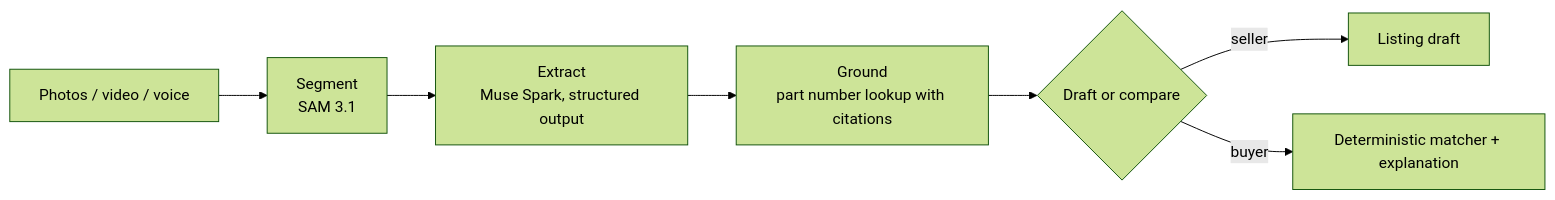
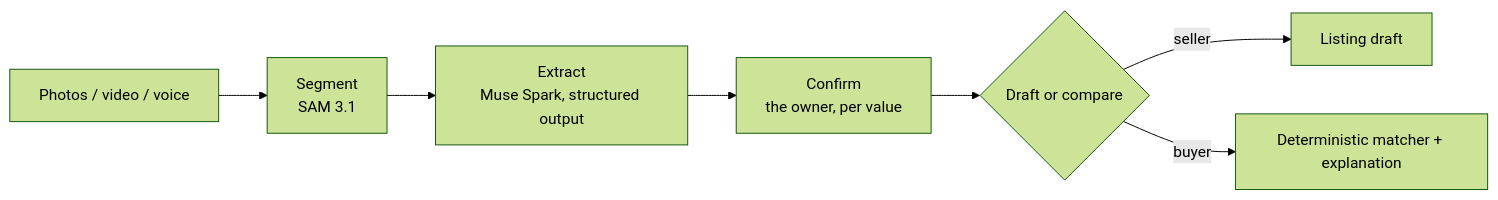
Before and after one commit to nikolareljin/orphan-parts: the diagram in docs/concepts/identification.md, drawn with Mermaid (forest theme). The commit also changed other lines of this file and 25 other files, not shown here.

````diff
--- a/docs/concepts/identification.md
+++ b/docs/concepts/identification.md
@@ -5,9 +5,9 @@
 ```mermaid
 flowchart LR
     P[Photos / video / voice] --> S[Segment<br/>SAM 3.1]
     S --> E[Extract<br/>Muse Spark, structured output]
-    E --> G[Ground<br/>part number lookup with citations]
-    G --> D{Draft or compare}
+    E --> C[Confirm<br/>the owner, per value]
+    C --> D{Draft or compare}
     D -->|seller| L[Listing draft]
     D -->|buyer| M[Deterministic matcher + explanation]
 ```
````
